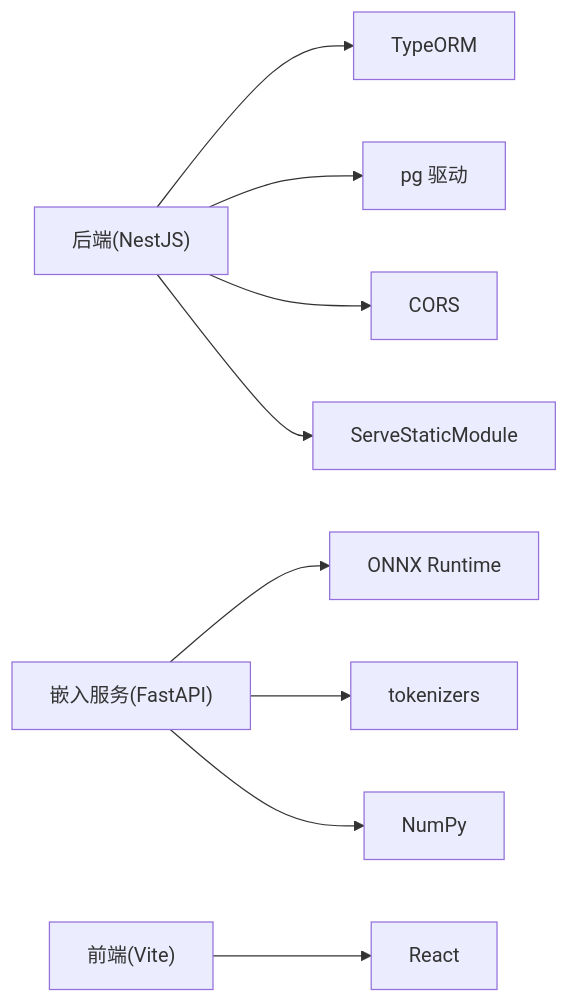
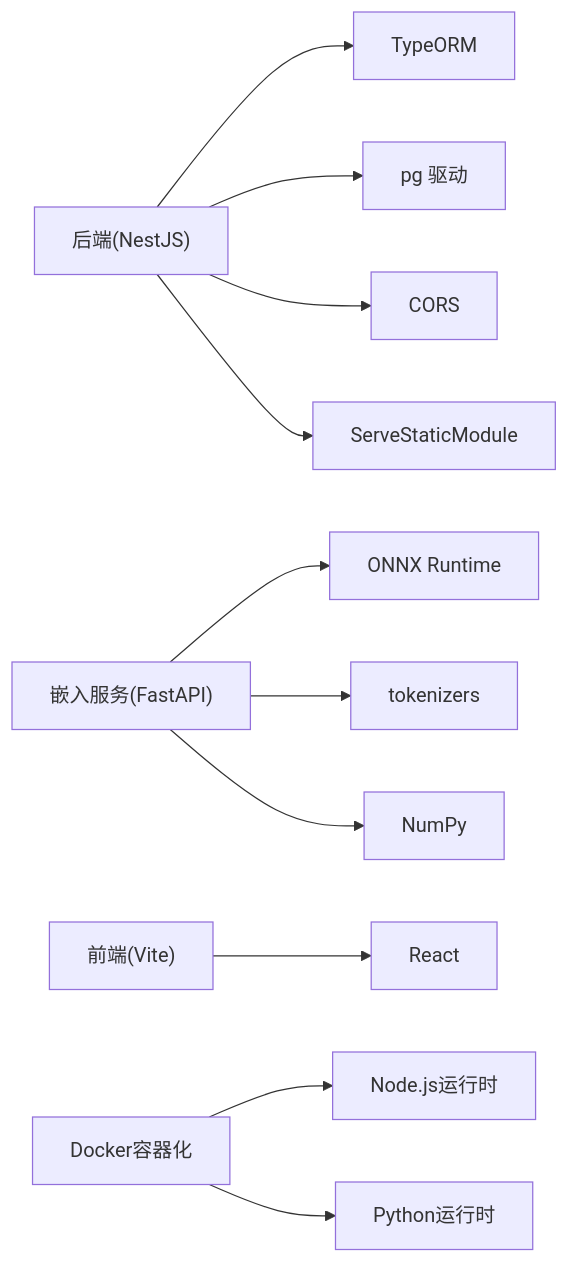
Before and after one commit to L1mingyoung/ex: the seventh of 7 diagrams in .qoder/repowiki/zh/content/部署与运维/部署与运维.md, drawn with Mermaid. The commit also changed other lines of this file and 16 other files, not shown here.

````diff
--- a/.qoder/repowiki/zh/content/部署与运维/部署与运维.md
+++ b/.qoder/repowiki/zh/content/部署与运维/部署与运维.md
@@ -269,11 +361,13 @@
 ```mermaid
 graph LR
 BE["后端(NestJS)"] --> ORM["TypeORM"]
 BE --> PG["pg 驱动"]
 BE --> CORS["CORS"]
 BE --> STATIC["ServeStaticModule"]
 ES["嵌入服务(FastAPI)"] --> ORT["ONNX Runtime"]
 ES --> TOK["tokenizers"]
 ES --> NUMPY["NumPy"]
 FE["前端(Vite)"] --> REACT["React"]
+Docker["Docker容器化"] --> Node["Node.js运行时"]
+Docker --> Python["Python运行时"]
 ```
````
